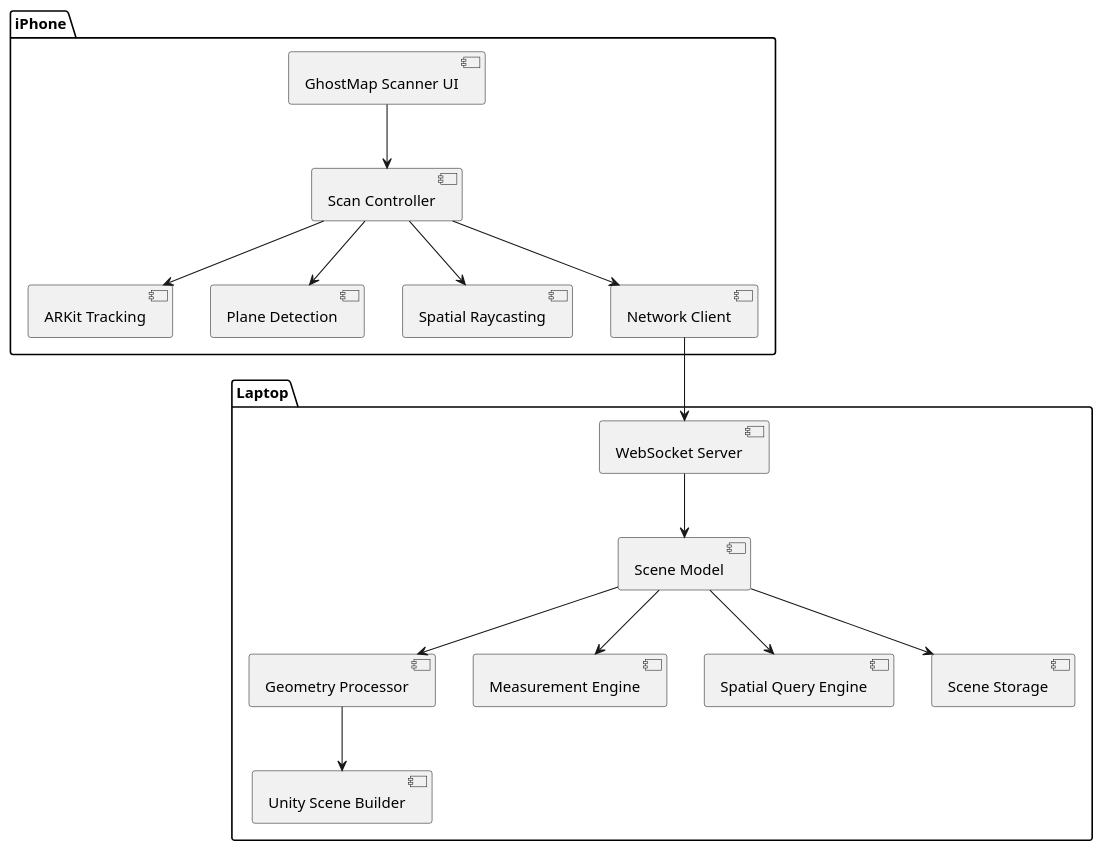
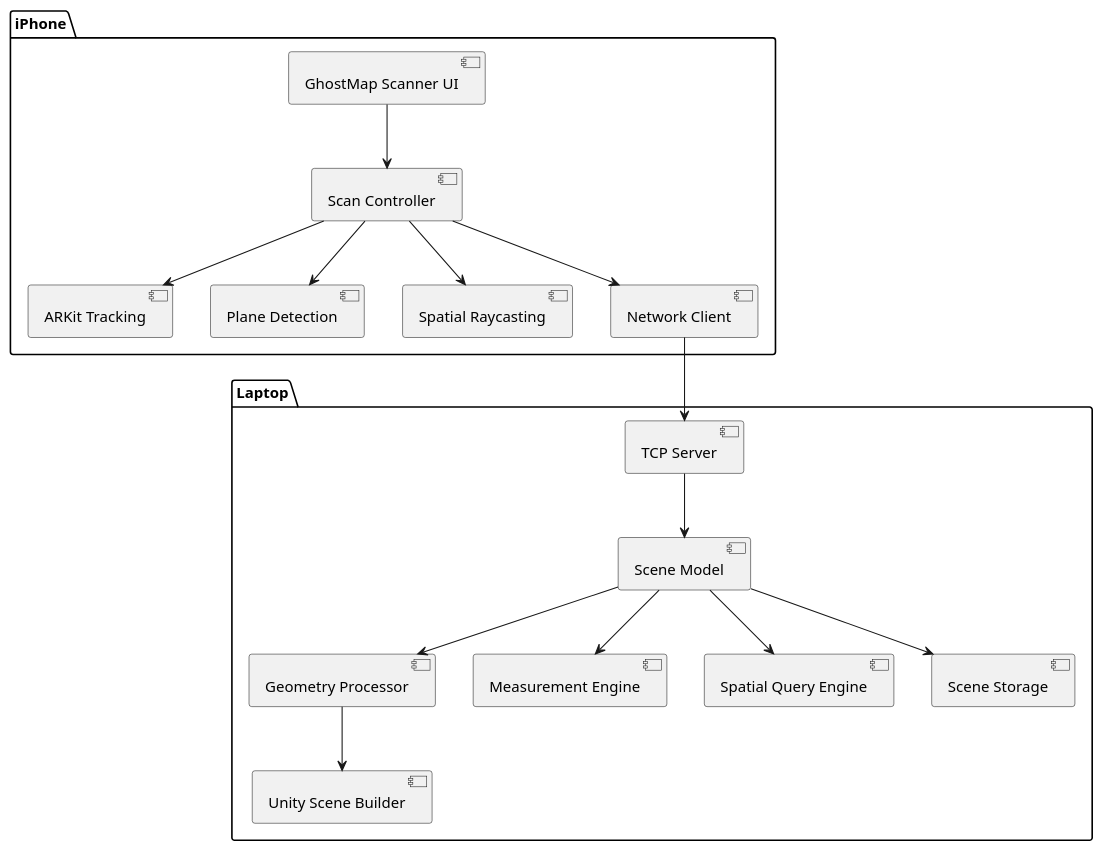
The second of 7 diagrams in docs/specs/ghostmap-project-spec.md (AmeyaSJoshi/GhostMap), drawn with PlantUML before and after one commit. The commit also changed other lines of this file and 8 other files, not shown here.

First line of the commit message:
docs(architecture): define one-button computer transfer UX

````diff
--- a/docs/specs/ghostmap-project-spec.md
+++ b/docs/specs/ghostmap-project-spec.md
@@ -558,41 +589,41 @@
 ```plantuml
 @startuml
 
 package "iPhone" {
     [GhostMap Scanner UI]
     [ARKit Tracking]
     [Plane Detection]
     [Spatial Raycasting]
     [Scan Controller]
     [Network Client]
 }
 
 package "Laptop" {
-    [WebSocket Server]
+    [TCP Server]
     [Scene Model]
     [Geometry Processor]
     [Unity Scene Builder]
     [Measurement Engine]
     [Spatial Query Engine]
     [Scene Storage]
 }
 
 [GhostMap Scanner UI] --> [Scan Controller]
 
 [Scan Controller] --> [ARKit Tracking]
 [Scan Controller] --> [Plane Detection]
 [Scan Controller] --> [Spatial Raycasting]
 [Scan Controller] --> [Network Client]
 
-[Network Client] --> [WebSocket Server]
+[Network Client] --> [TCP Server]
 
-[WebSocket Server] --> [Scene Model]
+[TCP Server] --> [Scene Model]
 [Scene Model] --> [Geometry Processor]
 [Geometry Processor] --> [Unity Scene Builder]
 
 [Scene Model] --> [Measurement Engine]
 [Scene Model] --> [Spatial Query Engine]
 [Scene Model] --> [Scene Storage]
 
 @enduml
 ```
````
